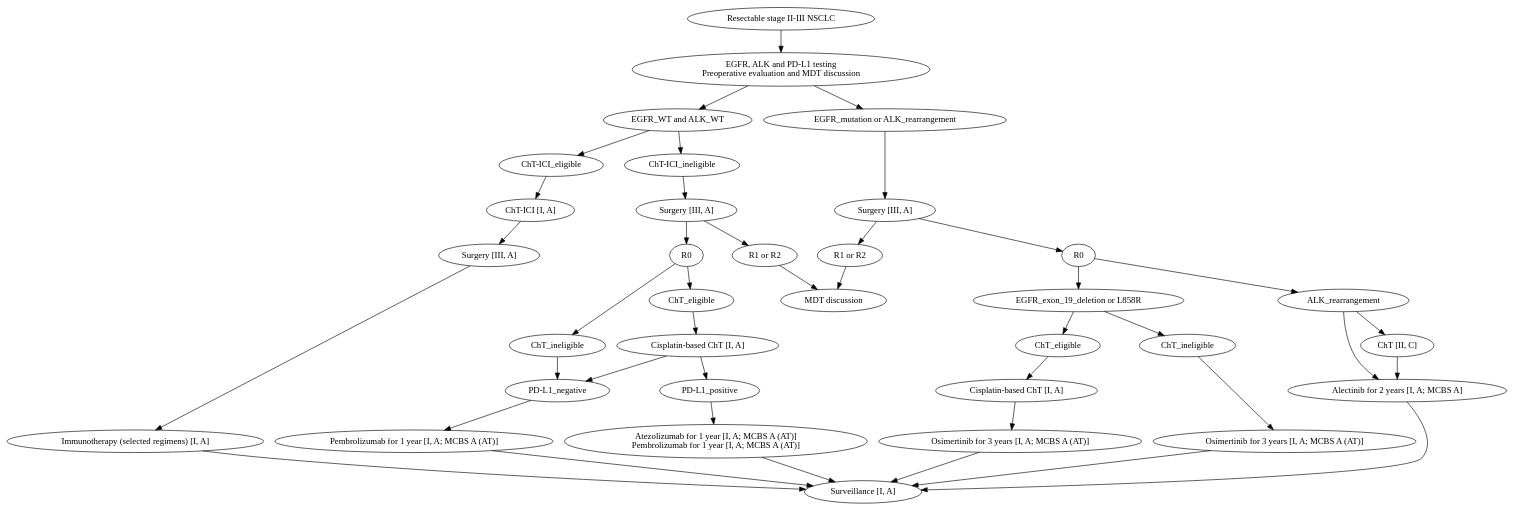
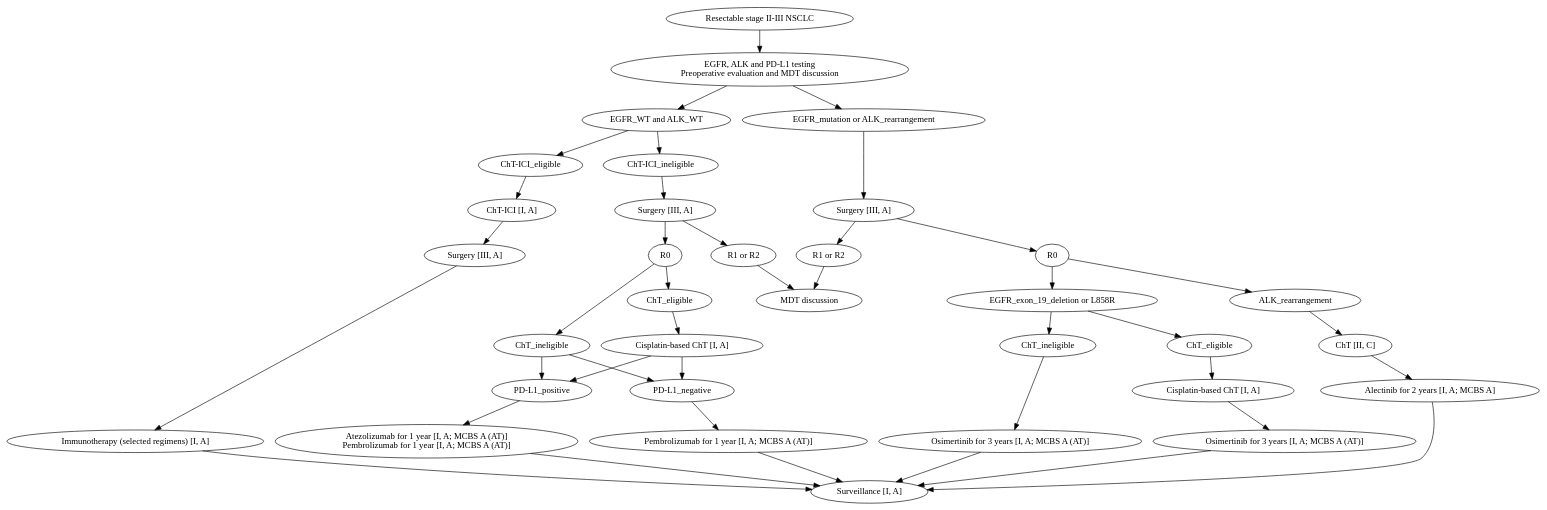
Before and after one commit to djhshih/dgraph-esmo: the diagram in elansclc/dot/resectable.dot, drawn with Graphviz. The commit also changed 6 other files, not shown here.

Commit message:
Refactor locoregional staging graphs for improved clarity; update labels and add new curated files for systemic treatment and resectable stages

```diff
--- a/elansclc/dot/resectable.dot
+++ b/elansclc/dot/resectable.dot
@@ -1,108 +1,108 @@
 digraph G {
     // Structural Root
     a [label="Resectable stage II-III NSCLC"];
 
     // Work-up Step
     b [label="EGFR, ALK and PD-L1 testing\nPreoperative evaluation and MDT discussion"];
     a -> b;
 
     // First Fan-out: Biomarker Status
     c [label="EGFR_WT and ALK_WT"];
     d [label="EGFR_mutation or ALK_rearrangement"];
     b -> c;
     b -> d;
 
     // --- LEFT BRANCH: EGFR WT and ALK WT ---
     e [label="ChT-ICI_ineligible"];
     f [label="ChT-ICI_eligible"];
     c -> e;
     c -> f;
 
     // ChT-ICI ineligible branch
     g [label="Surgery [III, A]"];
     e -> g;
 
     h [label="R1 or R2"];
     i [label="R0"];
     g -> h;
     g -> i;
 
     j [label="MDT discussion"];
     h -> j;
 
     k [label="ChT_eligible"];
     l [label="ChT_ineligible"];
     i -> k;
     i -> l;
 
     m [label="Cisplatin-based ChT [I, A]"];
     k -> m;
 
     n [label="PD-L1_positive"];
     o [label="PD-L1_negative"];
     m -> n;
-    m -> o; // Corrected: Added path from Cisplatin-based ChT to PD-L1 negative
-    l -> o; 
+    m -> o;
+    l -> n;
+    l -> o;
 
     p [label="Atezolizumab for 1 year [I, A; MCBS A (AT)]\nPembrolizumab for 1 year [I, A; MCBS A (AT)]"];
     n -> p;
 
     q [label="Pembrolizumab for 1 year [I, A; MCBS A (AT)]"];
     o -> q;
 
     // Shared Terminal Surveillance
     z [label="Surveillance [I, A]"];
     p -> z;
     q -> z;
 
     // ChT-ICI eligible branch
     r [label="ChT-ICI [I, A]"];
     s [label="Surgery [III, A]"];
     t [label="Immunotherapy (selected regimens) [I, A]"];
     f -> r;
     r -> s;
     s -> t;
     t -> z;
 
 
     // --- RIGHT BRANCH: EGFR mutation or ALK rearrangement ---
     u [label="Surgery [III, A]"];
     d -> u;
 
     v [label="R1 or R2"];
     w [label="R0"];
     u -> v;
     u -> w;
 
     v -> j; 
 
     x [label="EGFR_exon_19_deletion or L858R"];
     y [label="ALK_rearrangement"];
     w -> x;
     w -> y;
 
     // EGFR mutated branch
     aa [label="ChT_ineligible"];
     ab [label="ChT_eligible"];
     x -> aa;
     x -> ab;
 
     ac [label="Osimertinib for 3 years [I, A; MCBS A (AT)]"];
     aa -> ac;
     ac -> z;
 
     ad [label="Cisplatin-based ChT [I, A]"];
     ab -> ad;
 
     ae [label="Osimertinib for 3 years [I, A; MCBS A (AT)]"];
     ad -> ae;
     ae -> z;
 
-    // ALK rearranged branch
+    // ALK rearranged branch - Chaired sequentially: y -> af -> ag -> z
     af [label="ChT [II, C]"];
     ag [label="Alectinib for 2 years [I, A; MCBS A]"];
     y -> af;
-    y -> ag; 
     af -> ag;
     ag -> z;
 }
```
